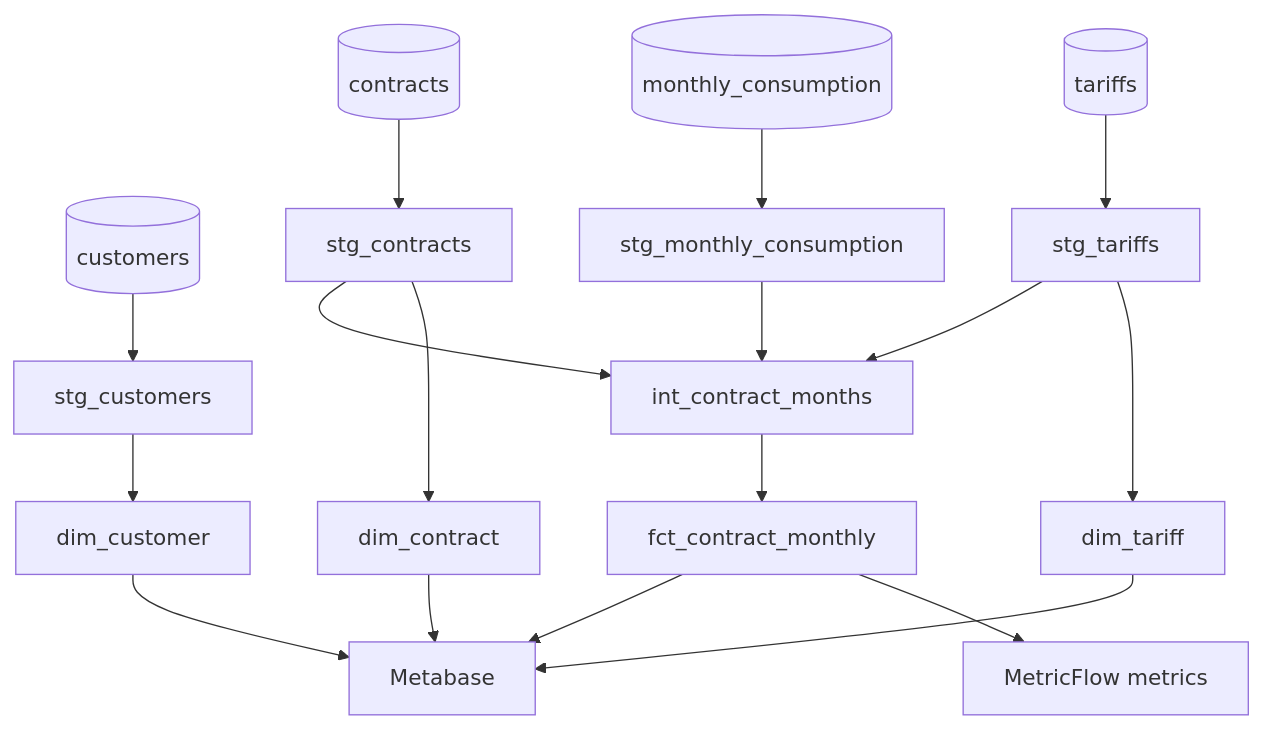
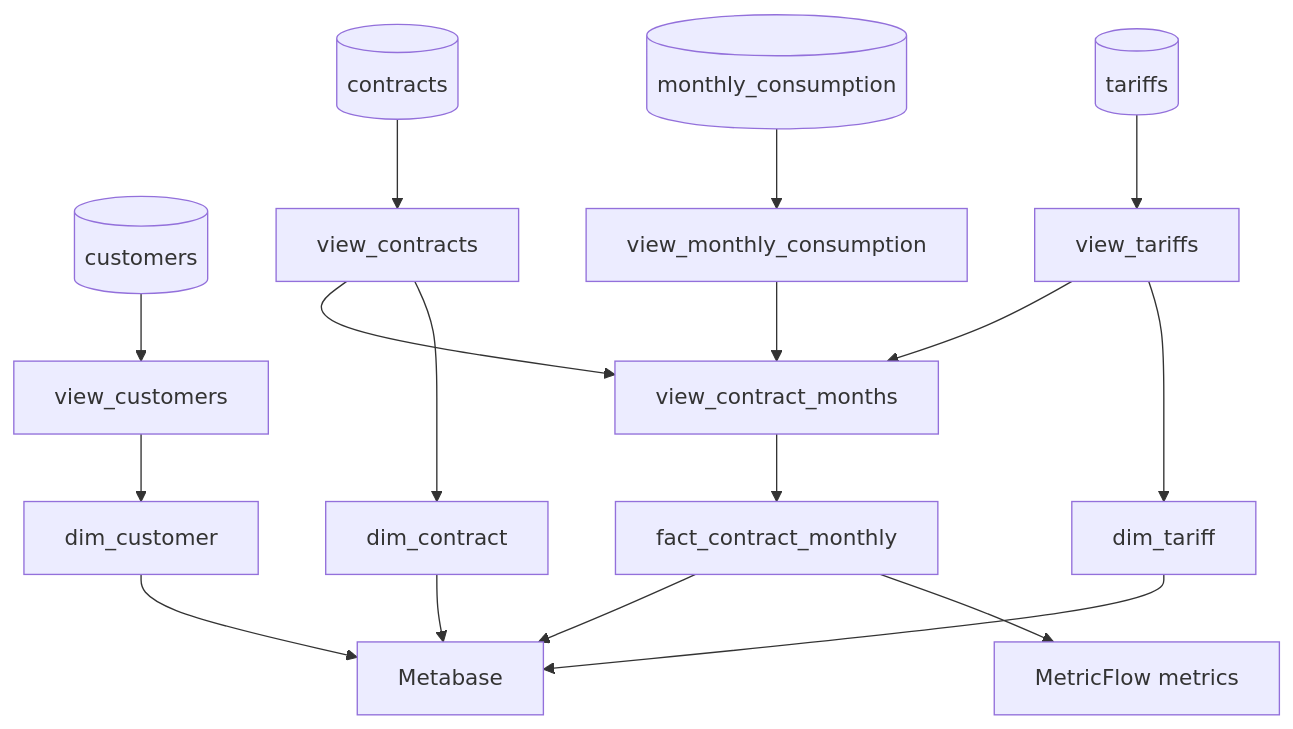
Before and after one commit to IshmitaBasu/Energy-Subscription-Analytics: the second of 2 diagrams in docs/architecture.md, drawn with Mermaid. The commit also changed other lines of this file and 21 other files, not shown here.

````diff
--- a/docs/architecture.md
+++ b/docs/architecture.md
@@ -53,22 +53,22 @@
 ```mermaid
 flowchart TD
-    RC[(customers)] --> SC[stg_customers]
-    RT[(tariffs)] --> ST[stg_tariffs]
-    RK[(contracts)] --> SK[stg_contracts]
-    RU[(monthly_consumption)] --> SU[stg_monthly_consumption]
+    RC[(customers)] --> SC[view_customers]
+    RT[(tariffs)] --> ST[view_tariffs]
+    RK[(contracts)] --> SK[view_contracts]
+    RU[(monthly_consumption)] --> SU[view_monthly_consumption]
 
     SC --> DC[dim_customer]
     ST --> DT[dim_tariff]
     SK --> DK[dim_contract]
 
-    SK --> CM[int_contract_months]
+    SK --> CM[view_contract_months]
     SU --> CM
     ST --> CM
-    CM --> FM[fct_contract_monthly]
+    CM --> FM[fact_contract_monthly]
 
     FM --> MF[MetricFlow metrics]
     FM --> MB[Metabase]
     DC --> MB
     DT --> MB
     DK --> MB
 ```
````
